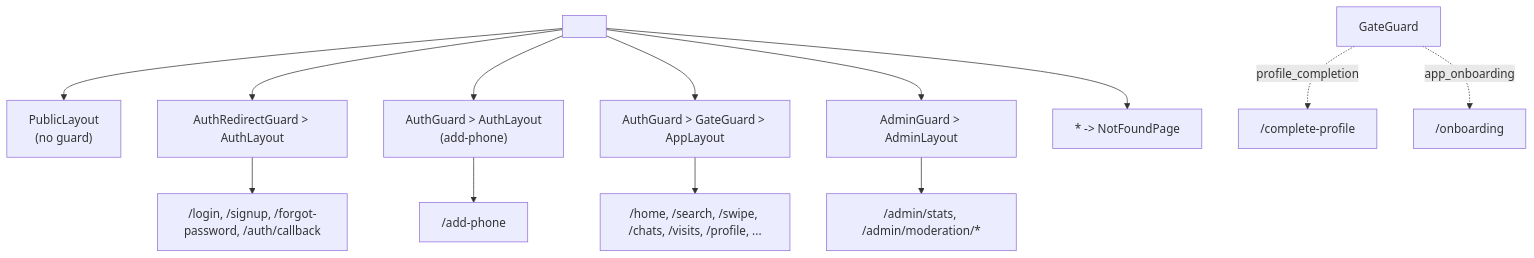
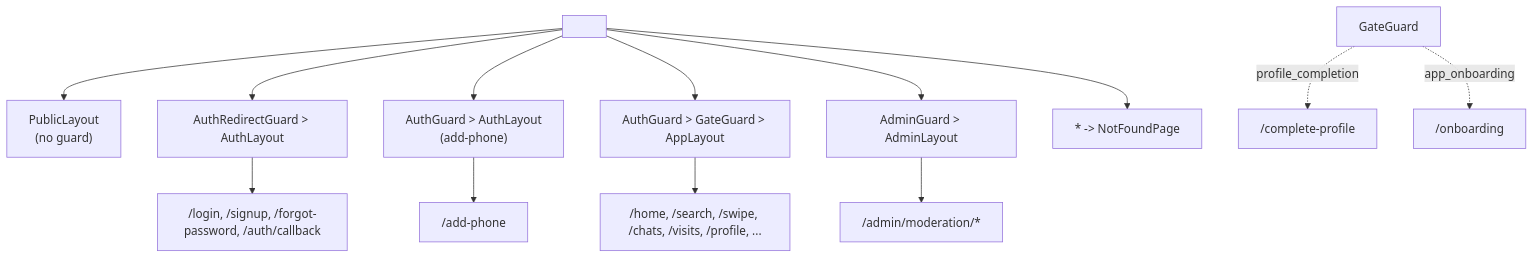
Before and after one commit to 360ghar/360-flatmates-web: the diagram in .wiki/systems/routing-guards.md, drawn with Mermaid. The commit also changed other lines of this file and 51 other files, not shown here.

First line of the commit message:
fix: unimplemented web client features, share flow, notifications, and API cleanup

````diff
--- a/.wiki/systems/routing-guards.md
+++ b/.wiki/systems/routing-guards.md
@@ -59,17 +59,17 @@
 ```mermaid
 graph TD
     Root["<Routes>"] --> Public["PublicLayout<br/>(no guard)"]
     Root --> Auth["AuthRedirectGuard > AuthLayout"]
     Root --> AuthFlow["AuthGuard > AuthLayout<br/>(add-phone)"]
     Root --> App["AuthGuard > GateGuard > AppLayout"]
     Root --> Admin["AdminGuard > AdminLayout"]
     Root --> Catch["* -> NotFoundPage"]
 
     Auth --> Login["/login, /signup, /forgot-password, /auth/callback"]
     AuthFlow --> AddPhone["/add-phone"]
     App --> Home["/home, /search, /swipe, /chats, /visits, /profile, ..."]
-    Admin --> Mod["/admin/stats, /admin/moderation/*"]
+    Admin --> Mod["/admin/moderation/*"]
 
     GateGuard -. profile_completion .-> Complete["/complete-profile"]
     GateGuard -. app_onboarding .-> Onb["/onboarding"]
 ```
````
